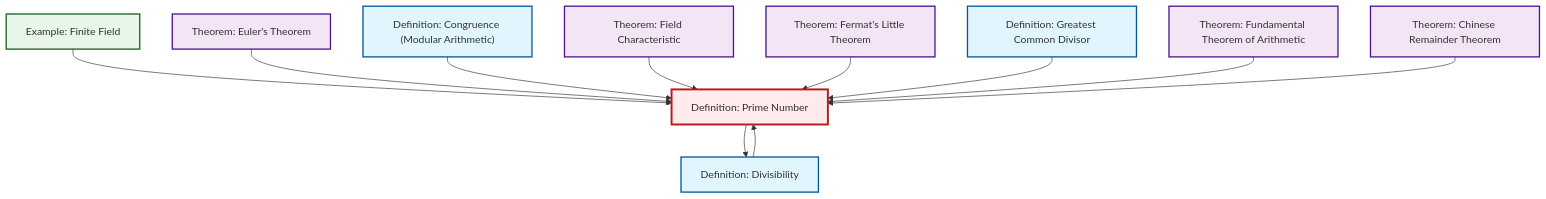
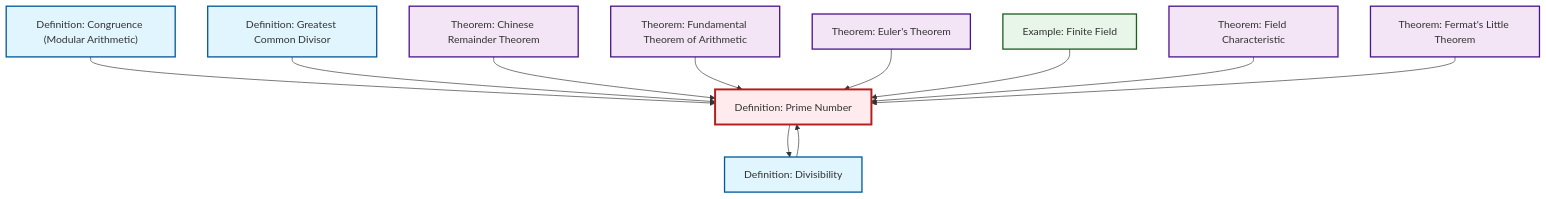
The diagram in content/ja/number-theory/def-prime.qmd (RK0429/ModernMath), drawn with Mermaid before and after one commit. The commit also changed other lines of this file and 597 other files, not shown here.

````diff
--- a/content/ja/number-theory/def-prime.qmd
+++ b/content/ja/number-theory/def-prime.qmd
@@ -56,39 +56,39 @@
 ```{mermaid}
 %%| fig-cap: "Local dependency graph"
 graph TD
     classDef definition fill:#e1f5fe,stroke:#01579b,stroke-width:2px
     classDef theorem fill:#f3e5f5,stroke:#4a148c,stroke-width:2px
     classDef axiom fill:#fff3e0,stroke:#e65100,stroke-width:2px
     classDef example fill:#e8f5e9,stroke:#1b5e20,stroke-width:2px
     classDef current fill:#ffebee,stroke:#b71c1c,stroke-width:3px
+    ex-finite-field["Example: Finite Field"]:::example
+    thm-field-characteristic["Theorem: Field Characteristic"]:::theorem
+    thm-fundamental-arithmetic["Theorem: Fundamental Theorem of Arithmetic"]:::theorem
     thm-euler["Theorem: Euler's Theorem"]:::theorem
-    def-divisibility["Definition: Divisibility"]:::definition
-    ex-finite-field["Example: Finite Field"]:::example
+    def-gcd["Definition: Greatest Common Divisor"]:::definition
+    def-congruence["Definition: Congruence (Modular Arithmetic)"]:::definition
+    thm-fermat-little["Theorem: Fermat's Little Theorem"]:::theorem
     thm-chinese-remainder["Theorem: Chinese Remainder Theorem"]:::theorem
     def-prime["Definition: Prime Number"]:::definition
-    def-congruence["Definition: Congruence (Modular Arithmetic)"]:::definition
-    thm-fundamental-arithmetic["Theorem: Fundamental Theorem of Arithmetic"]:::theorem
-    def-gcd["Definition: Greatest Common Divisor"]:::definition
-    thm-field-characteristic["Theorem: Field Characteristic"]:::theorem
-    thm-fermat-little["Theorem: Fermat's Little Theorem"]:::theorem
+    def-divisibility["Definition: Divisibility"]:::definition
+    def-prime --> def-divisibility
+    def-congruence --> def-prime
+    def-gcd --> def-prime
+    thm-chinese-remainder --> def-prime
+    thm-fundamental-arithmetic --> def-prime
+    thm-euler --> def-prime
+    def-divisibility --> def-prime
     ex-finite-field --> def-prime
-    thm-euler --> def-prime
-    def-congruence --> def-prime
     thm-field-characteristic --> def-prime
-    def-divisibility --> def-prime
     thm-fermat-little --> def-prime
-    def-gcd --> def-prime
-    thm-fundamental-arithmetic --> def-prime
-    thm-chinese-remainder --> def-prime
-    def-prime --> def-divisibility
     class def-prime current
+    click ex-finite-field "ex-finite-field.html" "Example: Finite Fieldへ"
+    click thm-field-characteristic "thm-field-characteristic.html" "Theorem: Field Characteristicへ"
+    click thm-fundamental-arithmetic "thm-fundamental-arithmetic.html" "Theorem: Fundamental Theorem of Arithmeticへ"
     click thm-euler "thm-euler.html" "Theorem: Euler's Theoremへ"
+    click def-gcd "def-gcd.html" "Definition: Greatest Common Divisorへ"
+    click def-congruence "def-congruence.html" "Definition: Congruence (Modular Arithmetic)へ"
+    click thm-fermat-little "thm-fermat-little.html" "Theorem: Fermat's Little Theoremへ"
+    click thm-chinese-remainder "thm-chinese-remainder.html" "Theorem: Chinese Remainder Theoremへ"
     click def-divisibility "def-divisibility.html" "Definition: Divisibilityへ"
-    click ex-finite-field "ex-finite-field.html" "Example: Finite Fieldへ"
-    click thm-chinese-remainder "thm-chinese-remainder.html" "Theorem: Chinese Remainder Theoremへ"
-    click def-congruence "def-congruence.html" "Definition: Congruence (Modular Arithmetic)へ"
-    click thm-fundamental-arithmetic "thm-fundamental-arithmetic.html" "Theorem: Fundamental Theorem of Arithmeticへ"
-    click def-gcd "def-gcd.html" "Definition: Greatest Common Divisorへ"
-    click thm-field-characteristic "thm-field-characteristic.html" "Theorem: Field Characteristicへ"
-    click thm-fermat-little "thm-fermat-little.html" "Theorem: Fermat's Little Theoremへ"
 ```
````
